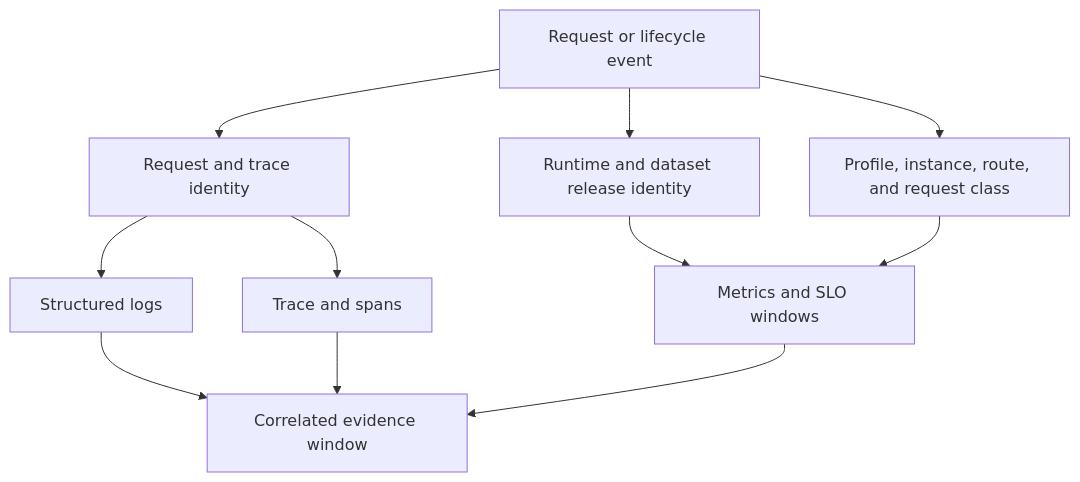
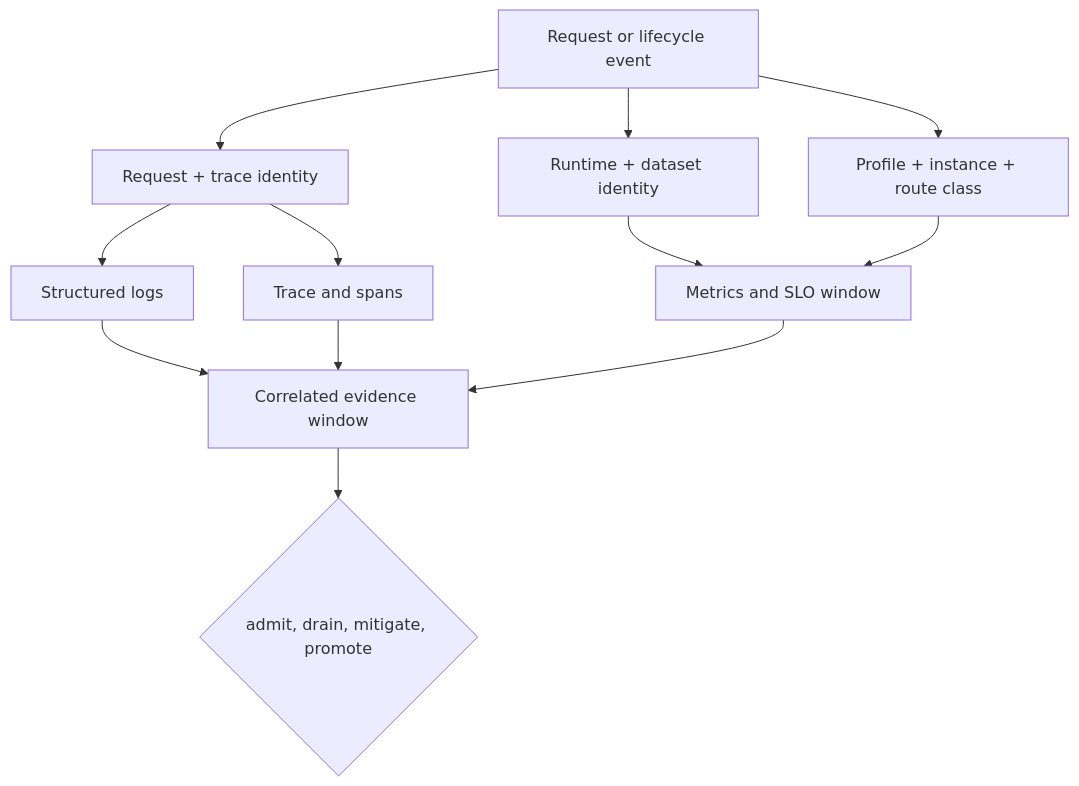
The first of 2 diagrams in docs/bijux-atlas-ops/observability/index.md (bijux/bijux-atlas), drawn with Mermaid before and after one commit. The commit also changed other lines of this file and 2 other files, not shown here.

````diff
--- a/docs/bijux-atlas-ops/observability/index.md
+++ b/docs/bijux-atlas-ops/observability/index.md
@@ -40,13 +20,14 @@
 ```mermaid
 flowchart TD
-    Request[Request or lifecycle event] --> RequestId[Request and trace identity]
-    Request --> ReleaseId[Runtime and dataset release identity]
-    Request --> Context[Profile, instance, route, and request class]
-    RequestId --> Logs[Structured logs]
-    RequestId --> Traces[Trace and spans]
-    ReleaseId --> Metrics[Metrics and SLO windows]
+    Event[Request or lifecycle event] --> Request[Request + trace identity]
+    Event --> Release[Runtime + dataset identity]
+    Event --> Context[Profile + instance + route class]
+    Request --> Logs[Structured logs]
+    Request --> Traces[Trace and spans]
+    Release --> Metrics[Metrics and SLO window]
     Context --> Metrics
-    Logs --> Evidence[Correlated evidence window]
-    Traces --> Evidence
-    Metrics --> Evidence
+    Logs --> Window[Correlated evidence window]
+    Traces --> Window
+    Metrics --> Window
+    Window --> Decision{admit, drain, mitigate, promote}
 ```
````
